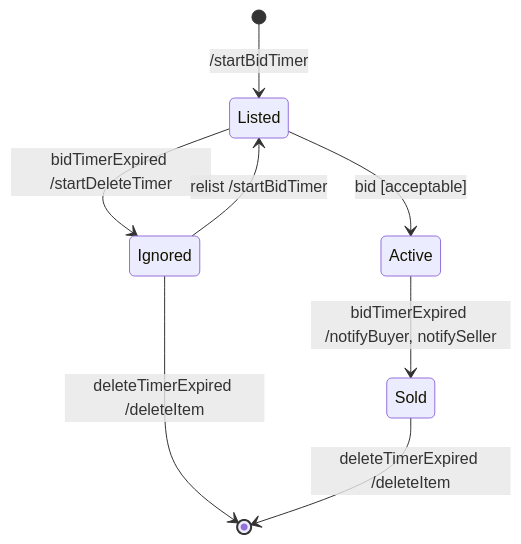
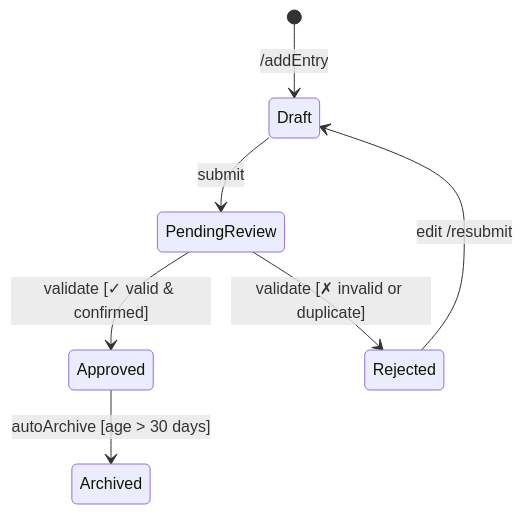
The second of 2 diagrams in State_Transition_Diagrams.md (NdumisoCPUT/informal-business-management), drawn with Mermaid before and after one commit.

````diff
--- a/State_Transition_Diagrams.md
+++ b/State_Transition_Diagrams.md
@@ -20,12 +20,14 @@
 ```mermaid
 stateDiagram-v2
-    [*] --> Listed : /startBidTimer
-    Listed --> Active : bid [acceptable]
-    Active --> Sold : bidTimerExpired /notifyBuyer, notifySeller
-    Listed --> Ignored : bidTimerExpired /startDeleteTimer
-    Ignored --> Listed : relist /startBidTimer
-    Ignored --> [*] : deleteTimerExpired /deleteItem
-    Sold --> [*] : deleteTimerExpired /deleteItem
+    [*] --> Draft : /addEntry
+
+    Draft --> PendingReview : submit
+    PendingReview --> Approved : validate [✓ valid & confirmed]
+    PendingReview --> Rejected : validate [✗ invalid or duplicate]
+
+    Rejected --> Draft : edit /resubmit
+    Approved --> Archived : autoArchive [age > 30 days]
+
 
 
 ```
````
